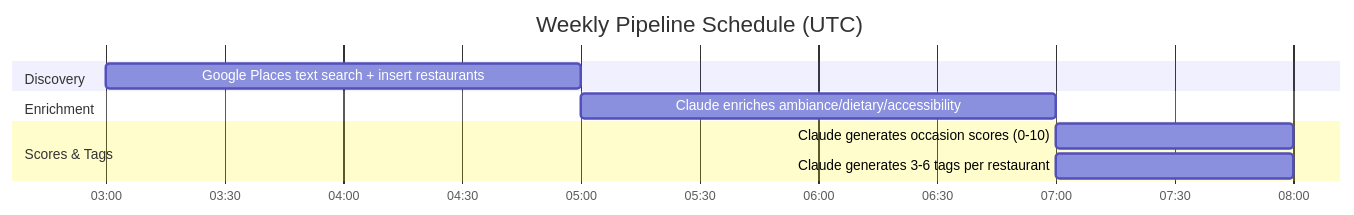
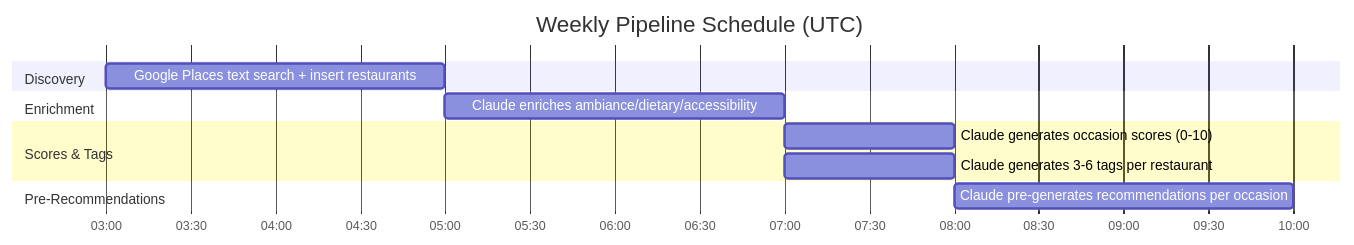
One commit to aacrit/dondeBackend changed the fourth of 10 diagrams in docs/system-architecture.md. Above: the diagram before and after it, drawn with Mermaid. The commit also changed other lines of this file, not shown here.

First line of the commit message:
Update system architecture to reflect current optimized design

````diff
--- a/docs/system-architecture.md
+++ b/docs/system-architecture.md
@@ -110,16 +148,19 @@
 ```mermaid
 gantt
     title Weekly Pipeline Schedule (UTC)
     dateFormat HH:mm
     axisFormat %H:%M
 
     section Discovery
     Google Places text search + insert restaurants :p1, 03:00, 2h
 
     section Enrichment
     Claude enriches ambiance/dietary/accessibility :p2, 05:00, 2h
 
     section Scores & Tags
     Claude generates occasion scores (0-10)      :p3, 07:00, 1h
     Claude generates 3-6 tags per restaurant      :p4, 07:00, 1h
+
+    section Pre-Recommendations
+    Claude pre-generates recommendations per occasion :p5, 08:00, 2h
 ```
````
